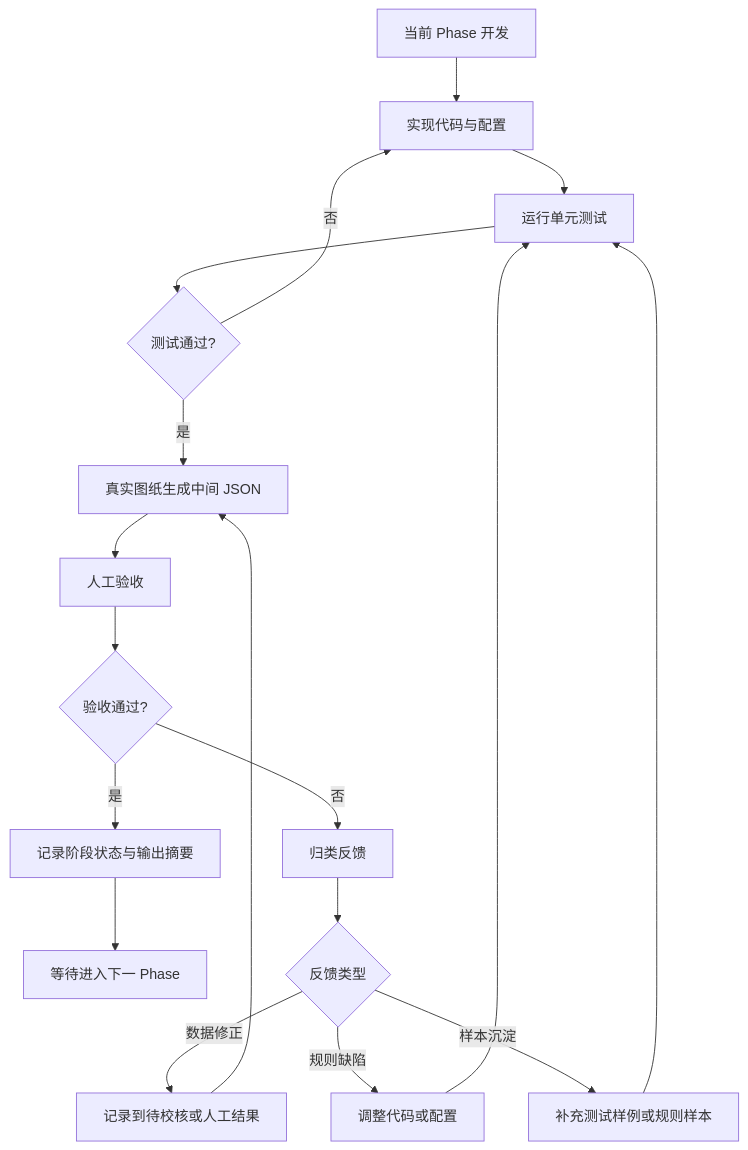
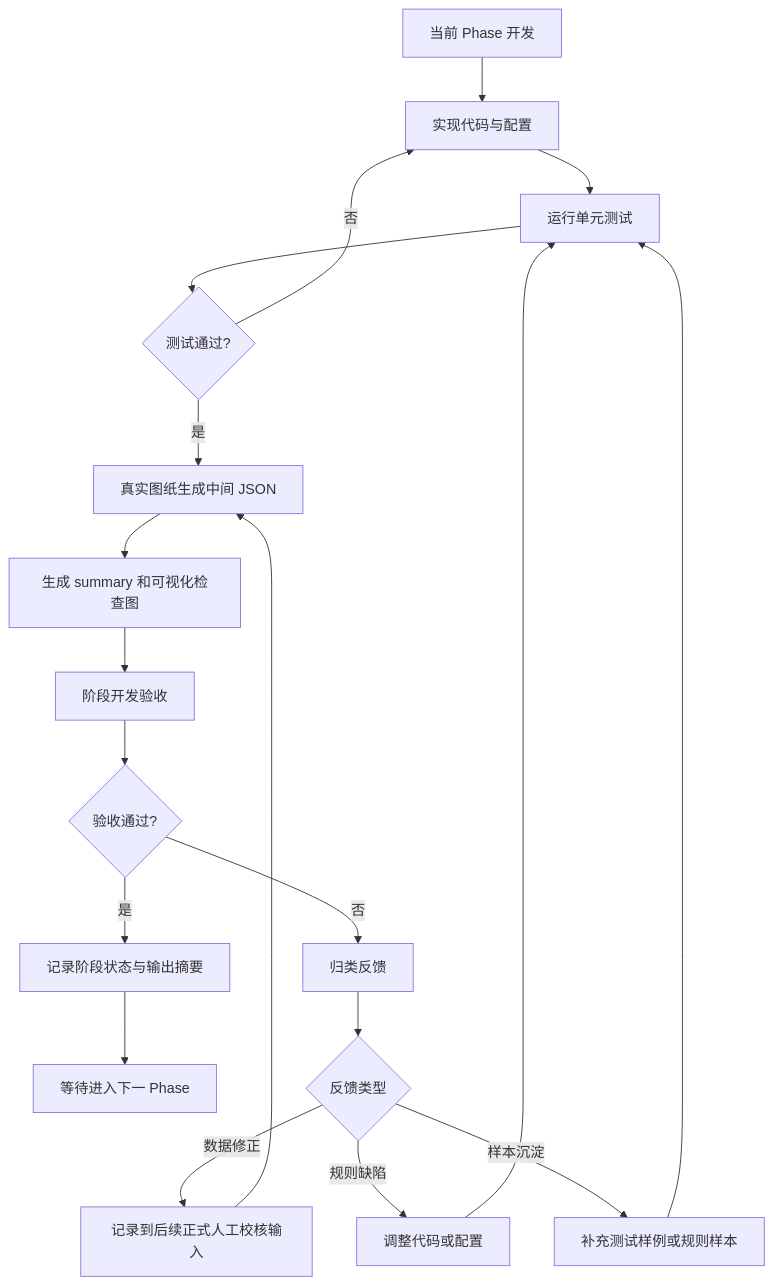
The first of 2 diagrams in docs/project_progress.md (jackylx2008/RoomParser), drawn with Mermaid before and after one commit. The commit also changed other lines of this file and 7 other files, not shown here.

````diff
--- a/docs/project_progress.md
+++ b/docs/project_progress.md
@@ -45,20 +52,21 @@
 ```mermaid
 flowchart TD
     A[当前 Phase 开发] --> B[实现代码与配置]
     B --> C[运行单元测试]
     C --> D{测试通过?}
     D -- 否 --> B
     D -- 是 --> E[真实图纸生成中间 JSON]
-    E --> F[人工验收]
-    F --> G{验收通过?}
-    G -- 是 --> H[记录阶段状态与输出摘要]
-    H --> I[等待进入下一 Phase]
-    G -- 否 --> J[归类反馈]
-    J --> K{反馈类型}
-    K -- 数据修正 --> L[记录到待校核或人工结果]
-    K -- 规则缺陷 --> M[调整代码或配置]
-    K -- 样本沉淀 --> N[补充测试样例或规则样本]
-    L --> E
-    M --> C
+    E --> F[生成 summary 和可视化检查图]
+    F --> G[阶段开发验收]
+    G --> H{验收通过?}
+    H -- 是 --> I[记录阶段状态与输出摘要]
+    I --> J[等待进入下一 Phase]
+    H -- 否 --> K[归类反馈]
+    K --> L{反馈类型}
+    L -- 数据修正 --> M[记录到后续正式人工校核输入]
+    L -- 规则缺陷 --> N[调整代码或配置]
+    L -- 样本沉淀 --> O[补充测试样例或规则样本]
+    M --> E
     N --> C
+    O --> C
 ```
````
